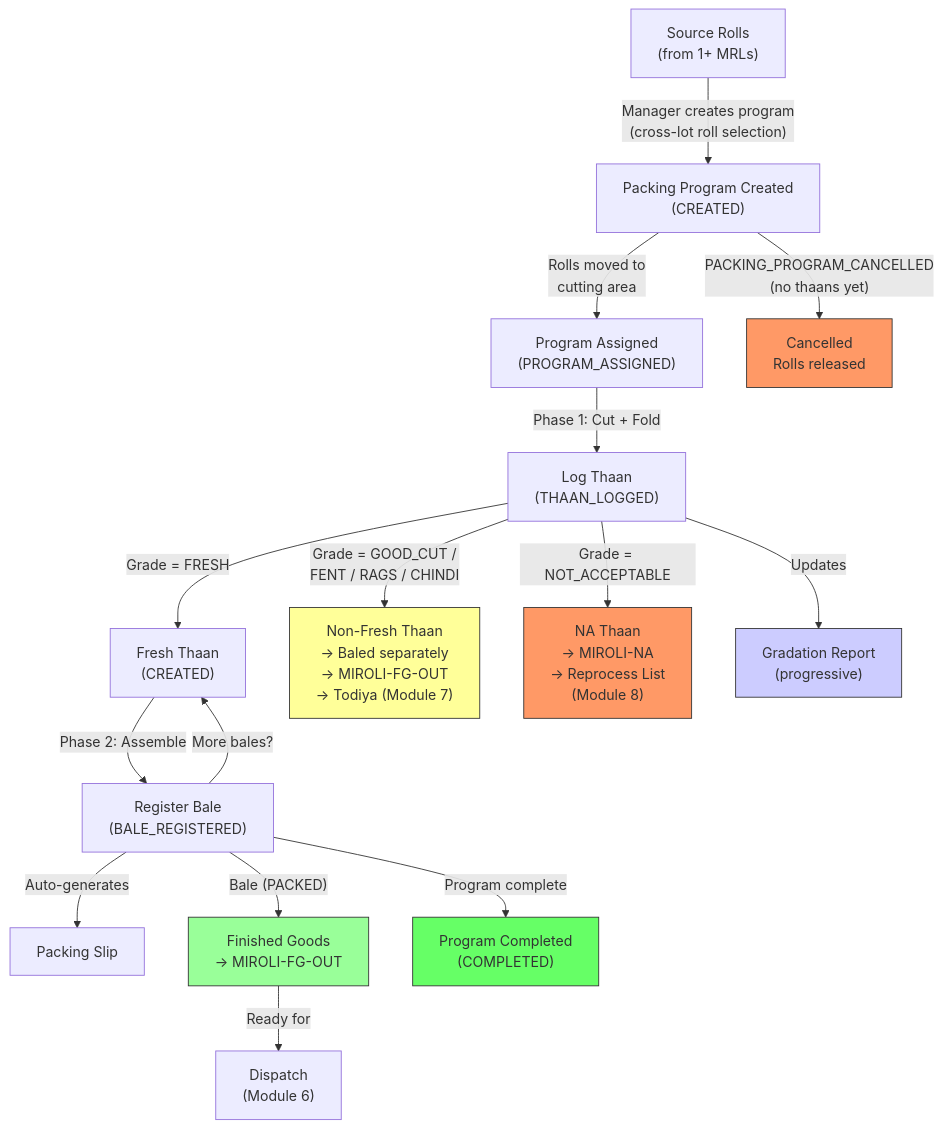
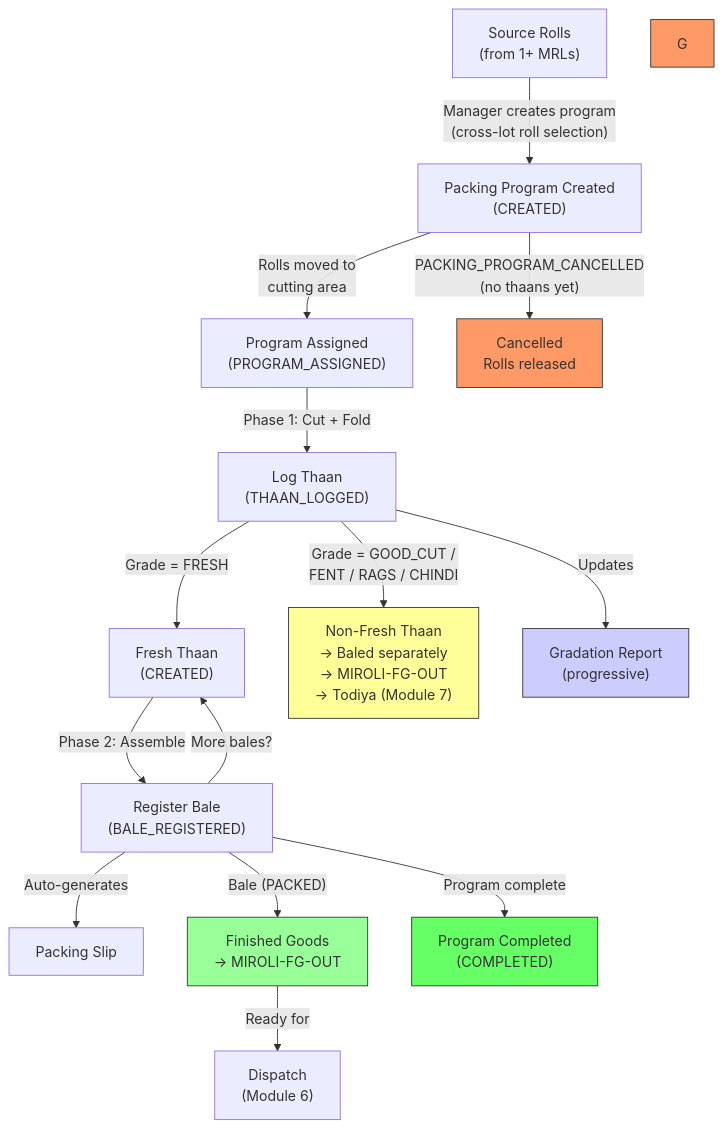
Before and after one commit to jetbrodocs/docs-rg-faith: the diagram in 40-solution-design/rg-faith-miroli/05-packing-program.md, drawn with Mermaid. The commit also changed other lines of this file and 7 other files, not shown here.

First line of the commit message:
Redesign NOT_ACCEPTABLE workflow from packing to classification

````diff
--- a/40-solution-design/rg-faith-miroli/05-packing-program.md
+++ b/40-solution-design/rg-faith-miroli/05-packing-program.md
@@ -561,31 +559,30 @@
 ```mermaid
 flowchart TD
     A["Source Rolls\n(from 1+ MRLs)"] -->|"Manager creates program\n(cross-lot roll selection)"| B["Packing Program Created\n(CREATED)"]
     B -->|"Rolls moved to\ncutting area"| C["Program Assigned\n(PROGRAM_ASSIGNED)"]
 
     C -->|"Phase 1: Cut + Fold"| D["Log Thaan\n(THAAN_LOGGED)"]
 
     D -->|"Grade = FRESH"| E["Fresh Thaan\n(CREATED)"]
     D -->|"Grade = GOOD_CUT /\nFENT / RAGS / CHINDI"| F["Non-Fresh Thaan\n→ Baled separately\n→ MIROLI-FG-OUT\n→ Todiya (Module 7)"]
-    D -->|"Grade = NOT_ACCEPTABLE"| G["NA Thaan\n→ MIROLI-NA\n→ Reprocess List\n(Module 8)"]
 
     D -->|"Updates"| H["Gradation Report\n(progressive)"]
 
     E -->|"Phase 2: Assemble"| I["Register Bale\n(BALE_REGISTERED)"]
     I -->|"Auto-generates"| J["Packing Slip"]
     I -->|"Bale (PACKED)"| K["Finished Goods\n→ MIROLI-FG-OUT"]
 
     I -->|"More bales?"| E
     I -->|"Program complete"| L["Program Completed\n(COMPLETED)"]
 
     B -->|"PACKING_PROGRAM_CANCELLED\n(no thaans yet)"| M["Cancelled\nRolls released"]
 
     K -->|"Ready for"| N["Dispatch\n(Module 6)"]
 
     style L fill:#6f6,stroke:#333
     style M fill:#f96,stroke:#333
     style K fill:#9f9,stroke:#333
     style F fill:#ff9,stroke:#333
     style G fill:#f96,stroke:#333
     style H fill:#ccf,stroke:#333
 ```
````
